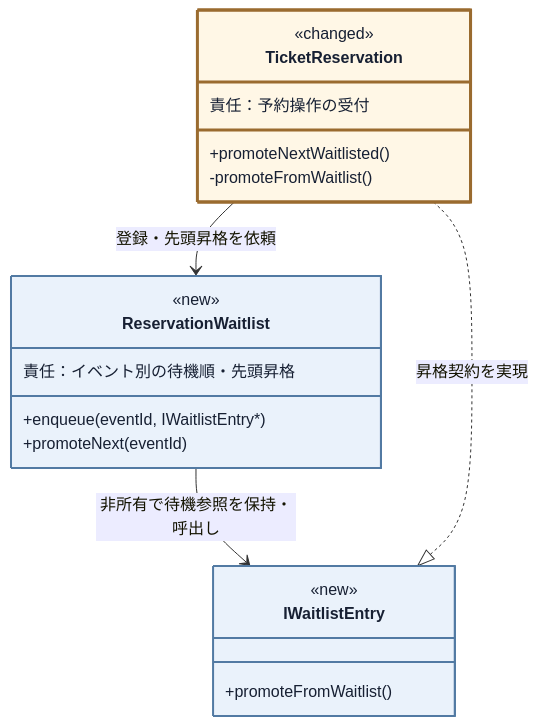
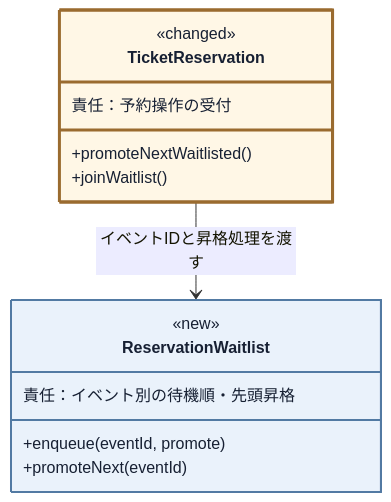
Before and after one commit to kumachan1101-pixel/DesignPattern: diagram 16 of 26 in kindle/design-patterns/books/volume01-core-patterns/output/04-chapter02.md, drawn with Mermaid. The commit also changed other lines of this file and 19 other files, not shown here.

````diff
--- a/kindle/design-patterns/books/volume01-core-patterns/output/04-chapter02.md
+++ b/kindle/design-patterns/books/volume01-core-patterns/output/04-chapter02.md
@@ -1760,27 +1736,20 @@
 ```mermaid
 classDiagram
     direction TB
     class TicketReservation:::touched {
         <<changed>>
         責任：予約操作の受付
         +promoteNextWaitlisted()
-        -promoteFromWaitlist()
-    }
-    class IWaitlistEntry:::added {
-        <<new>>
-        <<interface>>
-        +promoteFromWaitlist()
+        +joinWaitlist()
     }
     class ReservationWaitlist:::added {
         <<new>>
         責任：イベント別の待機順・先頭昇格
-        +enqueue(eventId, IWaitlistEntry*)
+        +enqueue(eventId, promote)
         +promoteNext(eventId)
     }
-    IWaitlistEntry <|.. TicketReservation : 昇格契約を実現
-    TicketReservation --> ReservationWaitlist : 登録・先頭昇格を依頼
-    ReservationWaitlist --> IWaitlistEntry : 非所有で待機参照を保持・呼出し
+    TicketReservation --> ReservationWaitlist : イベントIDと昇格処理を渡す
 
     classDef added fill:#eaf2fb,stroke:#527aa3,stroke-width:2px,color:#172033;
     classDef touched fill:#fff7e6,stroke:#9a6b2f,stroke-width:3px,color:#172033;
 ```
````
